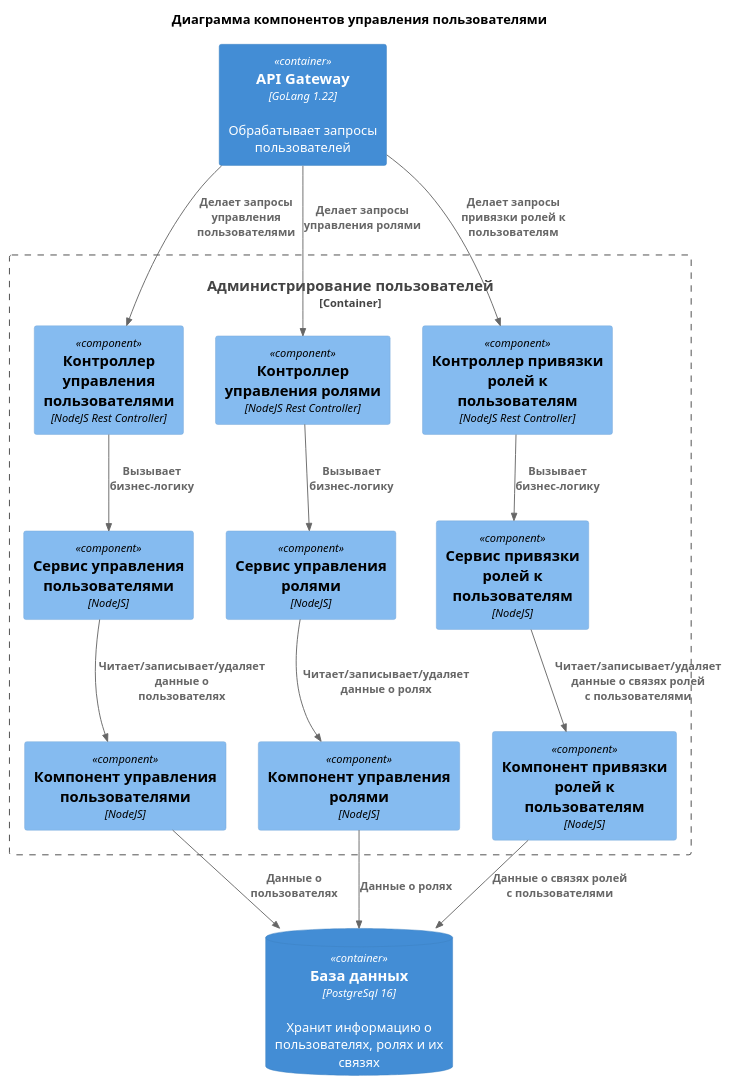
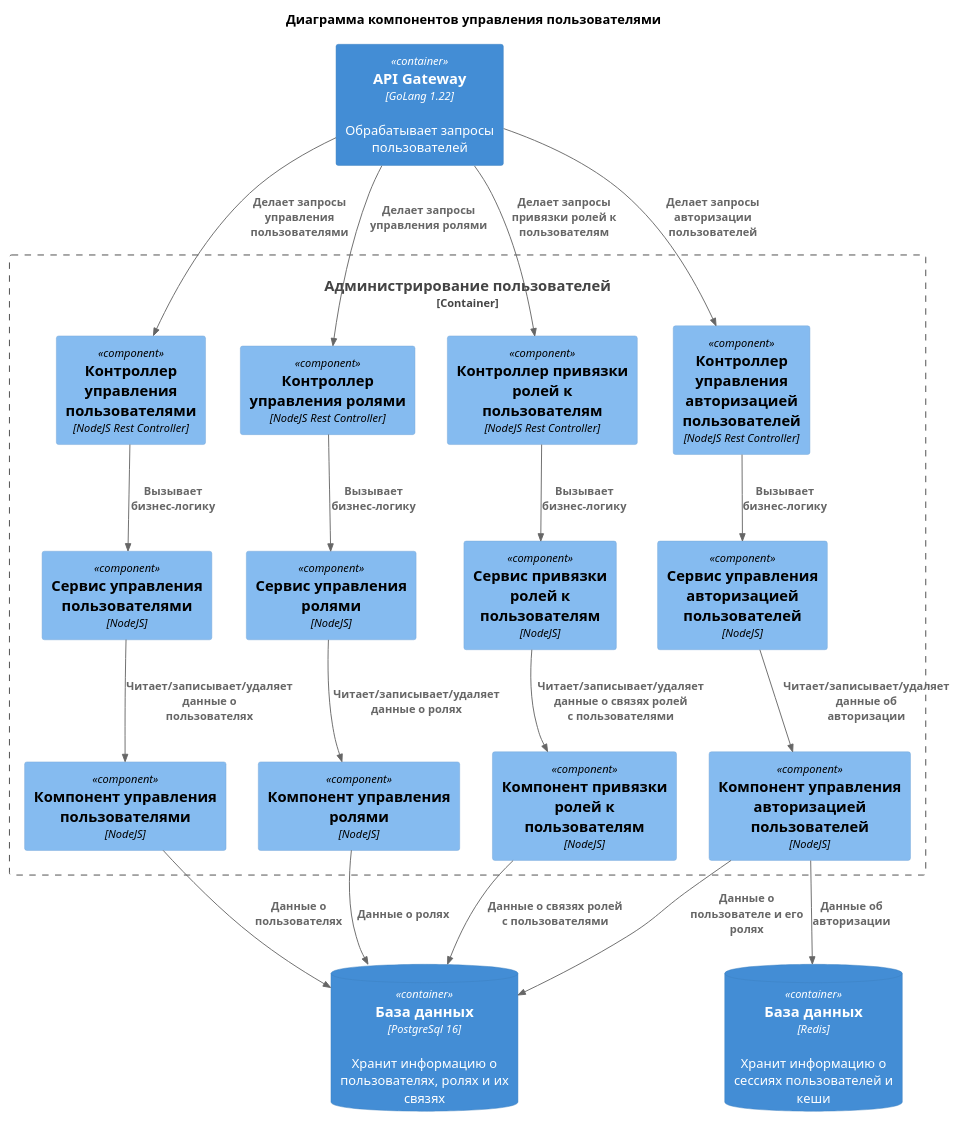
The diagram in diagrams/components/Users.puml (xSparKIx/architecture-pro-warmhouse), drawn with PlantUML before and after one commit. The commit also changed 20 other files, not shown here.

```diff
--- a/diagrams/components/Users.puml
+++ b/diagrams/components/Users.puml
@@ -1,44 +1,57 @@
 @startuml Users component diagram
 title Диаграмма компонентов управления пользователями
 
 !include ../templates/C4_Component.puml
 
 ' Внешние сущности
 Container(APIGateway, "API Gateway", "GoLang 1.22", "Обрабатывает запросы пользователей")
 ContainerDb(db, "База данных", "PostgreSql 16", "Хранит информацию о пользователях, ролях и их связях")
+ContainerDb(redis, "База данных", "Redis", "Хранит информацию о сессиях пользователей и кеши")
 
 ' Контейнер администрирования пользователей
 Container_Boundary(UsersContainer, "Администрирование пользователей") {
     ' Управление учетными записями пользователей
     Component(UsersController, "Контроллер управления пользователями", "NodeJS Rest Controller")
     Component(UsersService, "Сервис управления пользователями", "NodeJS")
     Component(UsersComponent, "Компонент управления пользователями", "NodeJS")
 
     ' Управление ролями
     Component(RolesController, "Контроллер управления ролями", "NodeJS Rest Controller")
     Component(RolesService, "Сервис управления ролями", "NodeJS")
     Component(RolesComponent, "Компонент управления ролями", "NodeJS")
 
     ' Привязка ролей к пользователю
     Component(RolesConnectController, "Контроллер привязки ролей к пользователям", "NodeJS Rest Controller")
     Component(RolesConnectService, "Сервис привязки ролей к пользователям", "NodeJS")
     Component(RolesConnectComponent, "Компонент привязки ролей к пользователям", "NodeJS")
+
+    ' Управление авторизацией пользователя
+    Component(AuthController, "Контроллер управления авторизацией пользователей", "NodeJS Rest Controller")
+    Component(AuthService, "Сервис управления авторизацией пользователей", "NodeJS")
+    Component(AuthComponent, "Компонент управления авторизацией пользователей", "NodeJS")
 }
 
 ' Связи
 Rel(APIGateway, UsersController, "Делает запросы управления пользователями")
 Rel(UsersController, UsersService, "Вызывает бизнес-логику")
 Rel(UsersService, UsersComponent, "Читает/записывает/удаляет данные о пользователях")
 Rel(UsersComponent, db, "Данные о пользователях")
 
 Rel(APIGateway, RolesController, "Делает запросы управления ролями")
 Rel(RolesController, RolesService, "Вызывает бизнес-логику")
 Rel(RolesService, RolesComponent, "Читает/записывает/удаляет данные о ролях")
 Rel(RolesComponent, db, "Данные о ролях")
 
 Rel(APIGateway, RolesConnectController, "Делает запросы привязки ролей к пользователям")
 Rel(RolesConnectController, RolesConnectService, "Вызывает бизнес-логику")
 Rel(RolesConnectService, RolesConnectComponent, "Читает/записывает/удаляет данные о связях ролей с пользователями")
 Rel(RolesConnectComponent, db, "Данные о связях ролей с пользователями")
 
+' Связи управления авторизацией пользователя
+Rel(APIGateway, AuthController, "Делает запросы авторизации пользователей")
+Rel(AuthController, AuthService, "Вызывает бизнес-логику")
+Rel(AuthService, AuthComponent, "Читает/записывает/удаляет данные об авторизации")
+Rel(AuthComponent, redis, "Данные об авторизации")
+Rel(AuthComponent, db, "Данные о пользователе и его ролях")
+
 @endmul
```
